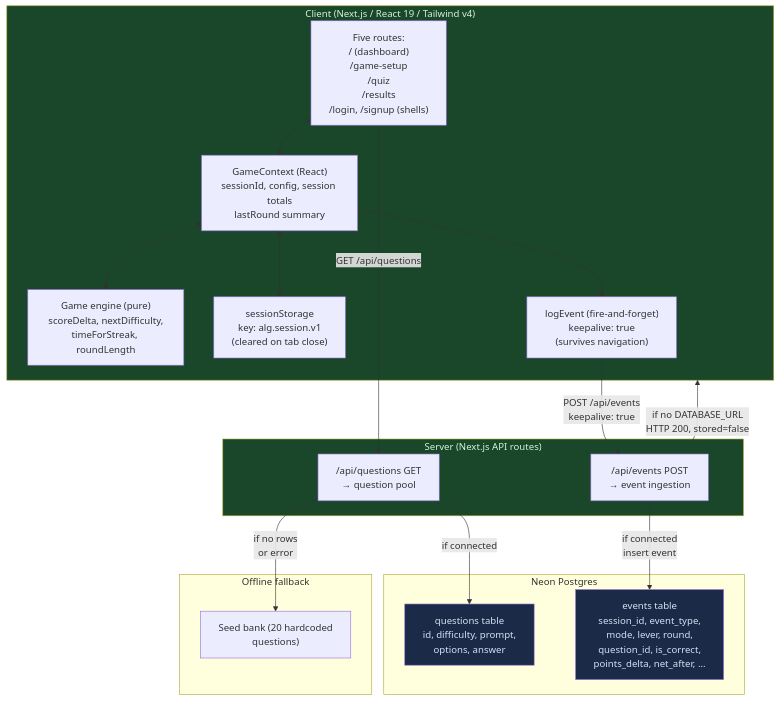
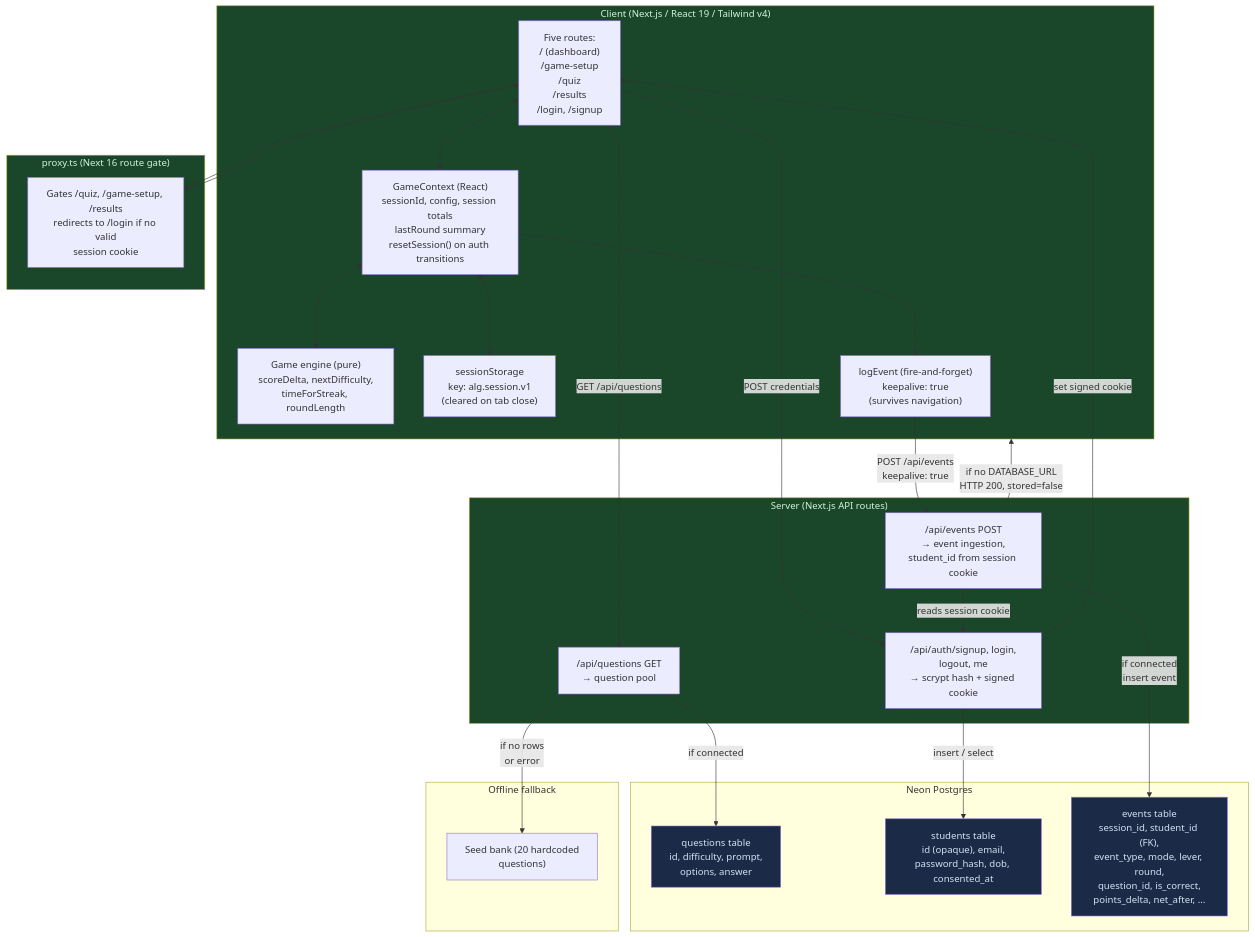
The diagram in docs/architecture/2026-07-28_architecture-as-built.md (sumeet96/gamification-platform), drawn with Mermaid before and after one commit. The commit also changed other lines of this file and 19 other files, not shown here.

````diff
--- a/docs/architecture/2026-07-28_architecture-as-built.md
+++ b/docs/architecture/2026-07-28_architecture-as-built.md
@@ -27,43 +27,55 @@
 ```mermaid
 graph TB
     subgraph Client["Client (Next.js / React 19 / Tailwind v4)"]
-        Router["Five routes:<br/>/ (dashboard)<br/>/game-setup<br/>/quiz<br/>/results<br/>/login, /signup (shells)"]
-        Context["GameContext (React)<br/>sessionId, config, session totals<br/>lastRound summary"]
+        Router["Five routes:<br/>/ (dashboard)<br/>/game-setup<br/>/quiz<br/>/results<br/>/login, /signup"]
+        Context["GameContext (React)<br/>sessionId, config, session totals<br/>lastRound summary<br/>resetSession() on auth transitions"]
         Engine["Game engine (pure)<br/>scoreDelta, nextDifficulty,<br/>timeForStreak, roundLength"]
         Storage["sessionStorage<br/>key: alg.session.v1<br/>(cleared on tab close)"]
         Logger["logEvent (fire-and-forget)<br/>keepalive: true<br/>(survives navigation)"]
     end
 
+    subgraph Gate["proxy.ts (Next 16 route gate)"]
+        Proxy["Gates /quiz, /game-setup, /results<br/>redirects to /login if no valid<br/>session cookie"]
+    end
+
     subgraph Server["Server (Next.js API routes)"]
         QAPI["/api/questions GET<br/>→ question pool"]
-        EAPI["/api/events POST<br/>→ event ingestion"]
+        EAPI["/api/events POST<br/>→ event ingestion,<br/>student_id from session cookie"]
+        AuthAPI["/api/auth/signup, login,<br/>logout, me<br/>→ scrypt hash + signed cookie"]
     end
 
     subgraph DB["Neon Postgres"]
         QTable["questions table<br/>id, difficulty, prompt,<br/>options, answer"]
-        ETable["events table<br/>session_id, event_type,<br/>mode, lever, round,<br/>question_id, is_correct,<br/>points_delta, net_after, ..."]
+        STable["students table<br/>id (opaque), email,<br/>password_hash, dob, consented_at"]
+        ETable["events table<br/>session_id, student_id (FK),<br/>event_type, mode, lever, round,<br/>question_id, is_correct,<br/>points_delta, net_after, ..."]
     end
 
     subgraph Fallback["Offline fallback"]
         Seed["Seed bank (20 hardcoded<br/>questions)"]
     end
 
+    Router --> Proxy
+    Proxy --> Router
     Router <--> Context
     Context <--> Engine
     Context <--> Storage
     Context --> Logger
+    Router -->|POST credentials| AuthAPI
+    AuthAPI -->|insert / select| STable
+    AuthAPI -->|set signed cookie| Router
     Logger -->|POST /api/events<br/>keepalive: true| EAPI
     Router -->|GET /api/questions| QAPI
     QAPI -->|if connected| QTable
     QAPI -->|if no rows<br/>or error| Seed
+    EAPI -->|reads session cookie| AuthAPI
     EAPI -->|if connected<br/>insert event| ETable
     EAPI -->|if no DATABASE_URL<br/>HTTP 200, stored=false| Client
     
     classDef built fill:#1a472a,color:#d0f4d7
     classDef shell fill:#472a1a,color:#f4d0d0
     classDef data fill:#1a2a47,color:#d0e4f4
     
-    class Client,Server built
+    class Client,Server,Gate built
     class Seed fallback
-    class QTable,ETable data
+    class QTable,ETable,STable data
 ```
````
